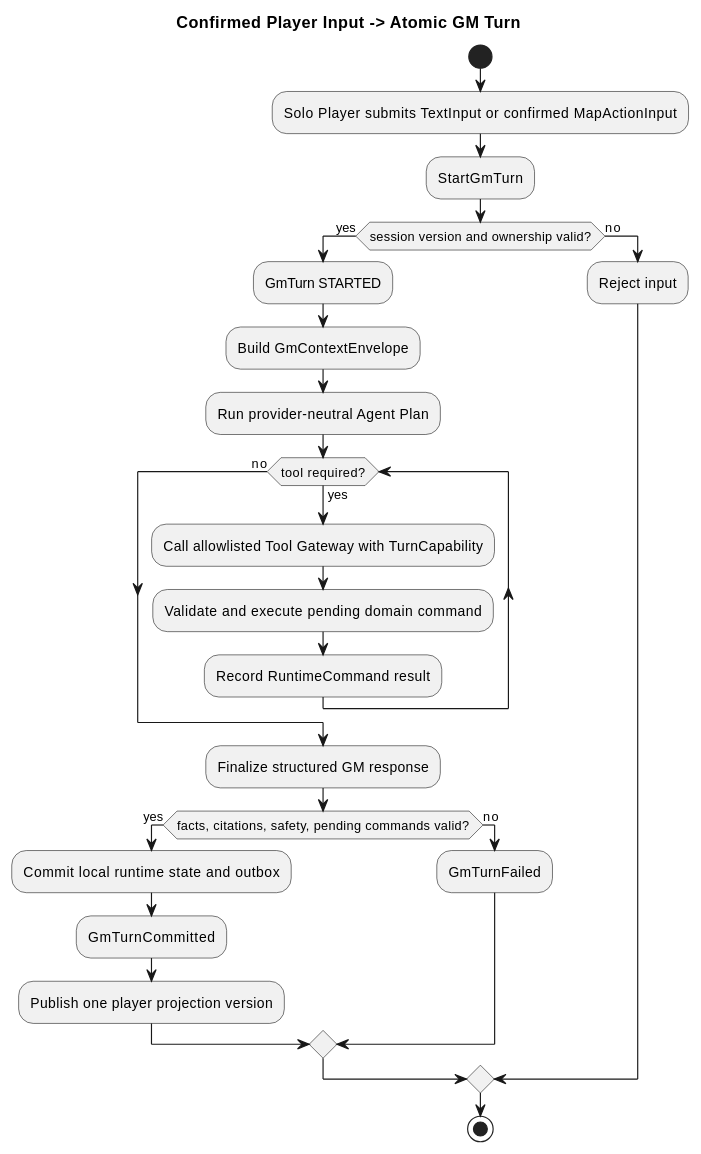
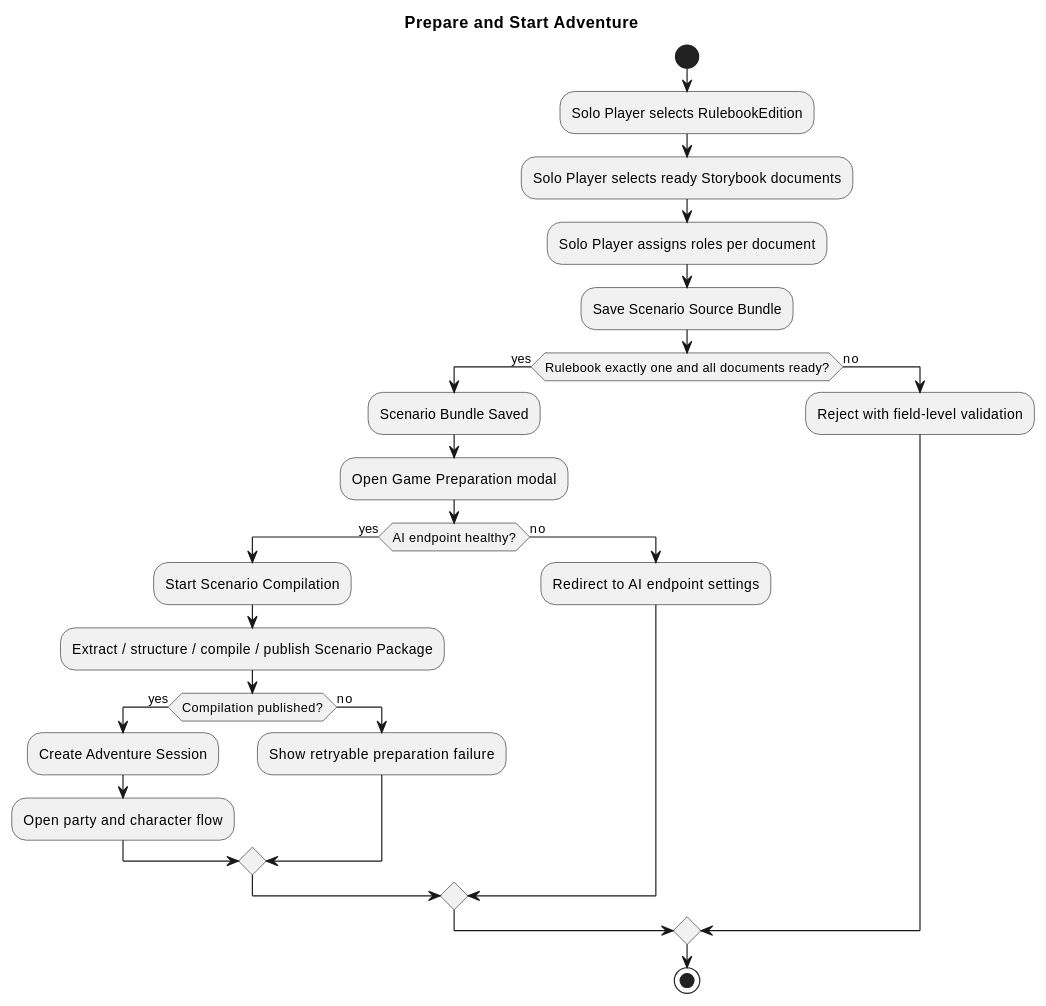
One commit to omegafrog/dnd-master changed the first of 3 diagrams in docs/specs/architecture-spec.md. Above: the diagram before and after it, drawn with PlantUML. The commit also changed other lines of this file and 93 other files, not shown here.

````diff
--- a/docs/specs/architecture-spec.md
+++ b/docs/specs/architecture-spec.md
@@ -43,29 +34,29 @@
 ```plantuml
 @startuml
-title Confirmed Player Input -> Atomic GM Turn
+title Prepare and Start Adventure
 start
-:Solo Player submits TextInput or confirmed MapActionInput;
-:StartGmTurn;
-if (session version and ownership valid?) then (yes)
-  :GmTurn STARTED;
-  :Build GmContextEnvelope;
-  :Run provider-neutral Agent Plan;
-  while (tool required?) is (yes)
-    :Call allowlisted Tool Gateway with TurnCapability;
-    :Validate and execute pending domain command;
-    :Record RuntimeCommand result;
-  endwhile (no)
-  :Finalize structured GM response;
-  if (facts, citations, safety, pending commands valid?) then (yes)
-    :Commit local runtime state and outbox;
-    :GmTurnCommitted;
-    :Publish one player projection version;
+:Solo Player selects RulebookEdition;
+:Solo Player selects ready Storybook documents;
+:Solo Player assigns roles per document;
+:Save Scenario Source Bundle;
+if (Rulebook exactly one and all documents ready?) then (yes)
+  :Scenario Bundle Saved;
+  :Open Game Preparation modal;
+  if (AI endpoint healthy?) then (yes)
+    :Start Scenario Compilation;
+    :Extract / structure / compile / publish Scenario Package;
+    if (Compilation published?) then (yes)
+      :Create Adventure Session;
+      :Open party and character flow;
+    else (no)
+      :Show retryable preparation failure;
+    endif
   else (no)
-    :GmTurnFailed;
+    :Redirect to AI endpoint settings;
   endif
 else (no)
-  :Reject input;
+  :Reject with field-level validation;
 endif
 stop
 @enduml
 ```
````
